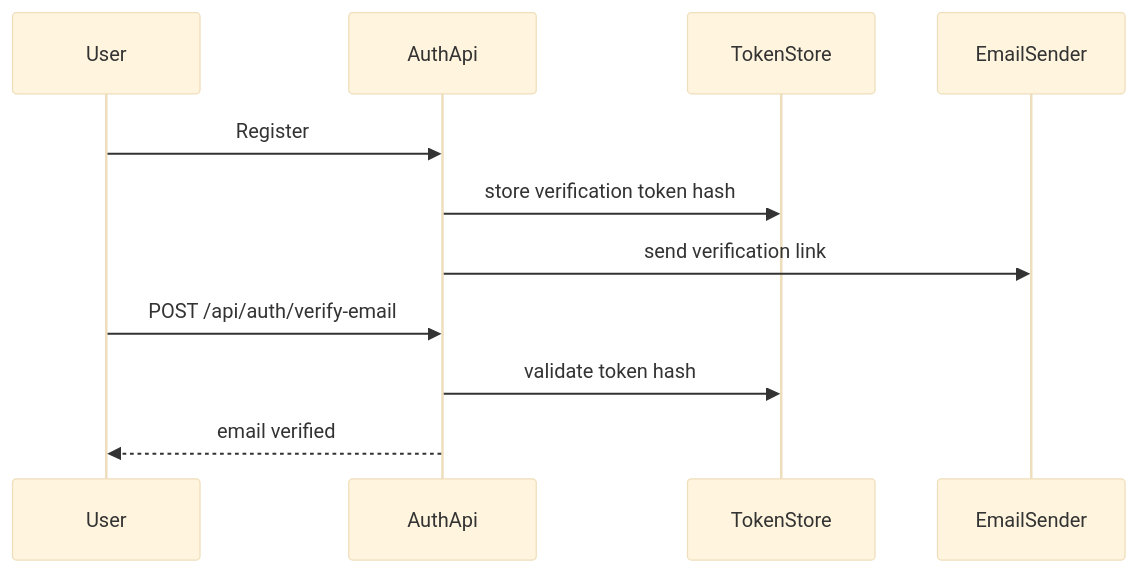
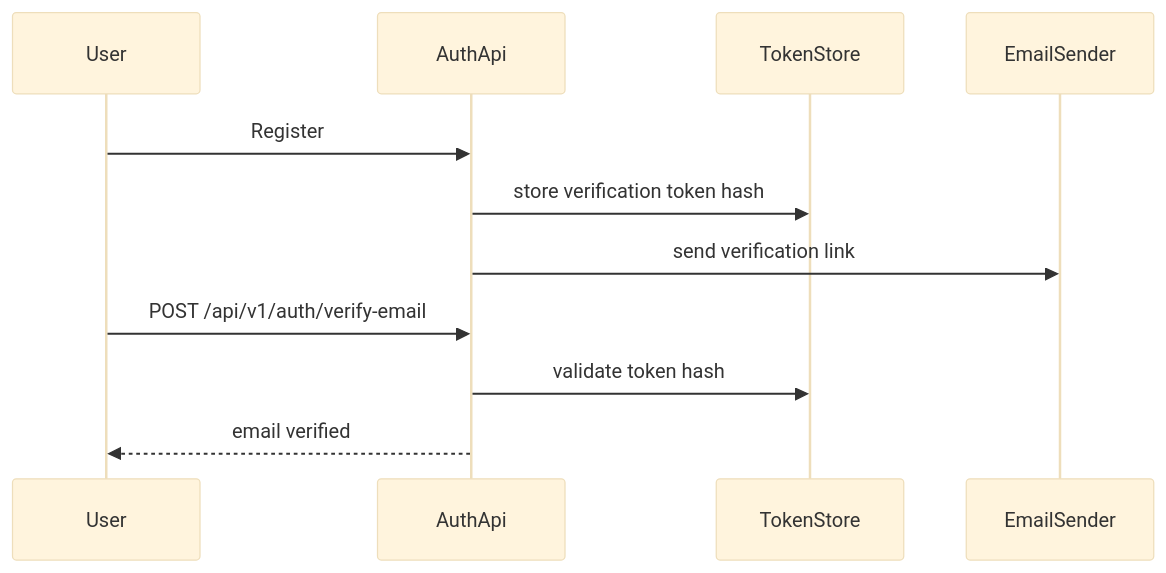
The first of 2 diagrams in src/content/docs/part-9-production-hardening/54-email-verification-reset-password.md (premix-labs/aspnet-core-web-api-tutorial-book), drawn with Mermaid (base theme) before and after one commit. The commit also changed other lines of this file and 89 other files, not shown here.

````diff
--- a/src/content/docs/part-9-production-hardening/54-email-verification-reset-password.md
+++ b/src/content/docs/part-9-production-hardening/54-email-verification-reset-password.md
@@ -122,14 +122,14 @@
 ```mermaid
 sequenceDiagram
     participant User
     participant AuthApi
     participant TokenStore
     participant EmailSender
 
     User->>AuthApi: Register
     AuthApi->>TokenStore: store verification token hash
     AuthApi->>EmailSender: send verification link
-    User->>AuthApi: POST /api/auth/verify-email
+    User->>AuthApi: POST /api/v1/auth/verify-email
     AuthApi->>TokenStore: validate token hash
     AuthApi-->>User: email verified
 ```
````
